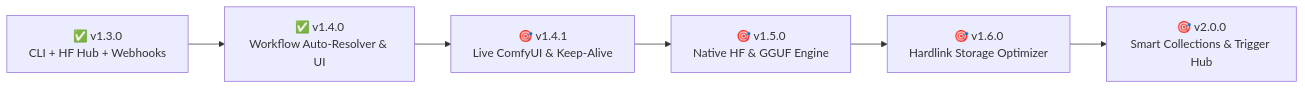
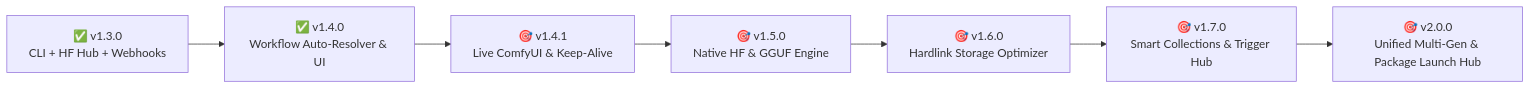
The diagram in ROADMAP.md (DevNullInc/Civitai-manager-ComfyUI), drawn with Mermaid before and after one commit. The commit also changed other lines of this file, not shown here.

Commit message:
docs: update roadmap to include v1.7.0 and define Phase 5 v2.0.0 goals for the Unified Multi-Gen Ecosystem

````diff
--- a/ROADMAP.md
+++ b/ROADMAP.md
@@ -9,8 +9,9 @@
 ```mermaid
 graph LR
     v13["✅ v1.3.0<br/>CLI + HF Hub + Webhooks"] --> v14["✅ v1.4.0<br/>Workflow Auto-Resolver & UI"]
     v14 --> v141["🎯 v1.4.1<br/>Live ComfyUI & Keep-Alive"]
     v141 --> v15["🎯 v1.5.0<br/>Native HF & GGUF Engine"]
     v15 --> v16["🎯 v1.6.0<br/>Hardlink Storage Optimizer"]
-    v16 --> v20["🎯 v2.0.0<br/>Smart Collections & Trigger Hub"]
+    v16 --> v17["🎯 v1.7.0<br/>Smart Collections & Trigger Hub"]
+    v17 --> v20["🎯 v2.0.0<br/>Unified Multi-Gen & Package Launch Hub"]
 ```
````
